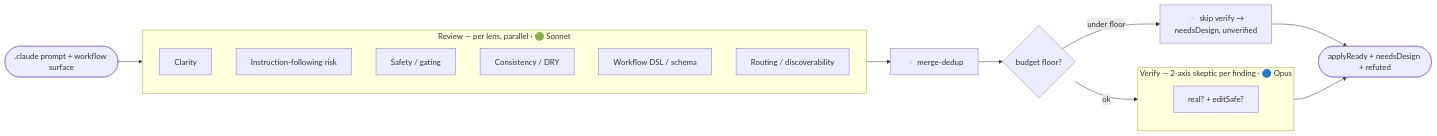
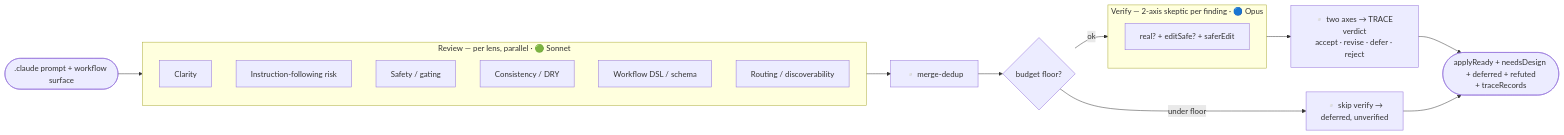
One commit to dominno/loop-setup changed the second of 7 diagrams in docs/workflow-graphs.md. Above: the diagram before and after it, drawn with Mermaid. The commit also changed other lines of this file and 48 other files, not shown here.

````diff
--- a/docs/workflow-graphs.md
+++ b/docs/workflow-graphs.md
@@ -53,21 +61,22 @@
 ```mermaid
 flowchart LR
   surface([.claude prompt + workflow surface]) --> R
   subgraph R["Review — per lens, parallel · 🟢 Sonnet"]
     l1[Clarity]
     l2[Instruction-following risk]
     l3[Safety / gating]
     l4[Consistency / DRY]
     l5[Workflow DSL / schema]
     l6[Routing / discoverability]
   end
   R --> dedup[▫️ merge-dedup]
   dedup --> gate{budget floor?}
-  gate -- "under floor" --> skip[▫️ skip verify →<br/>needsDesign, unverified]
+  gate -- "under floor" --> skip[▫️ skip verify →<br/>deferred, unverified]
   gate -- ok --> V
   subgraph V["Verify — 2-axis skeptic per finding · 🔵 Opus"]
-    v1[real? + editSafe?]
+    v1[real? + editSafe? + saferEdit]
   end
-  V --> out([applyReady + needsDesign + refuted])
+  V --> map[▫️ two axes → TRACE verdict<br/>accept · revise · defer · reject]
+  map --> out([applyReady + needsDesign + deferred + refuted<br/>+ traceRecords])
   skip --> out
 ```
````
